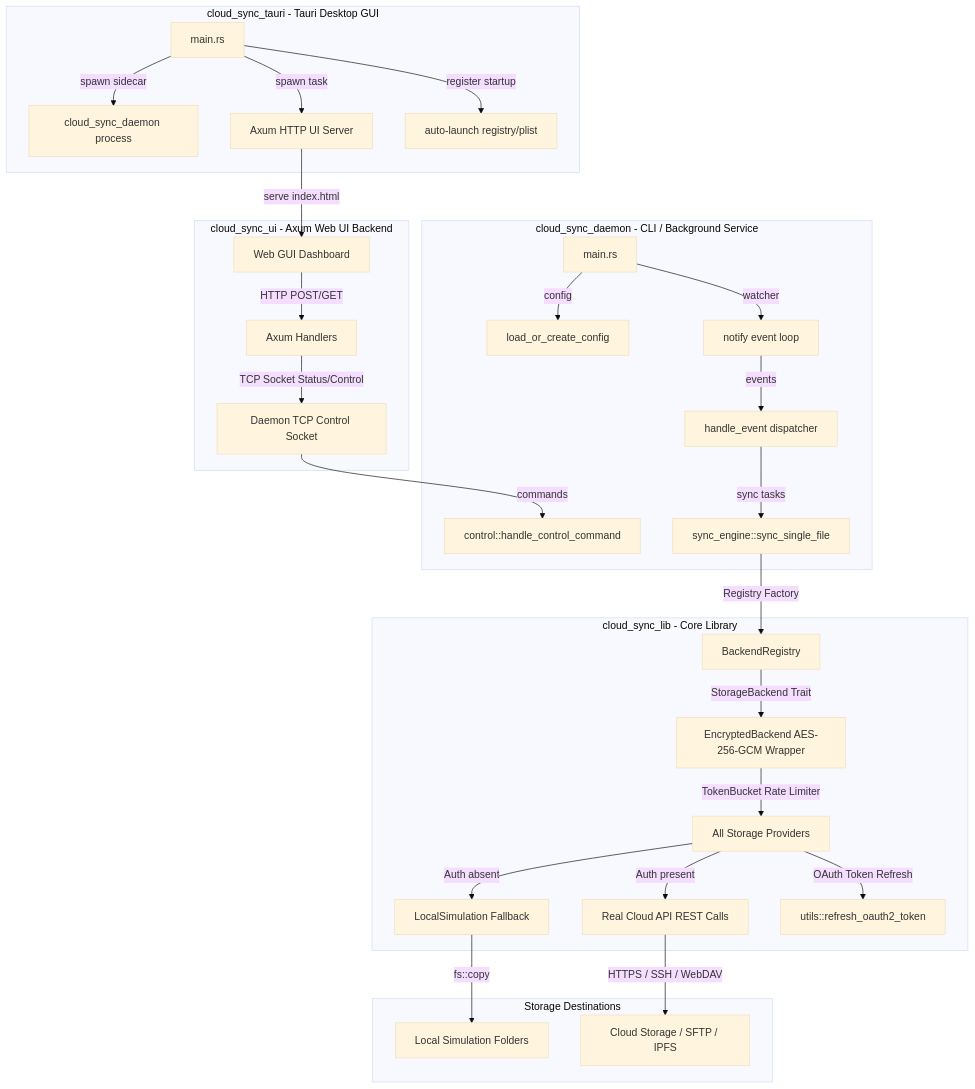
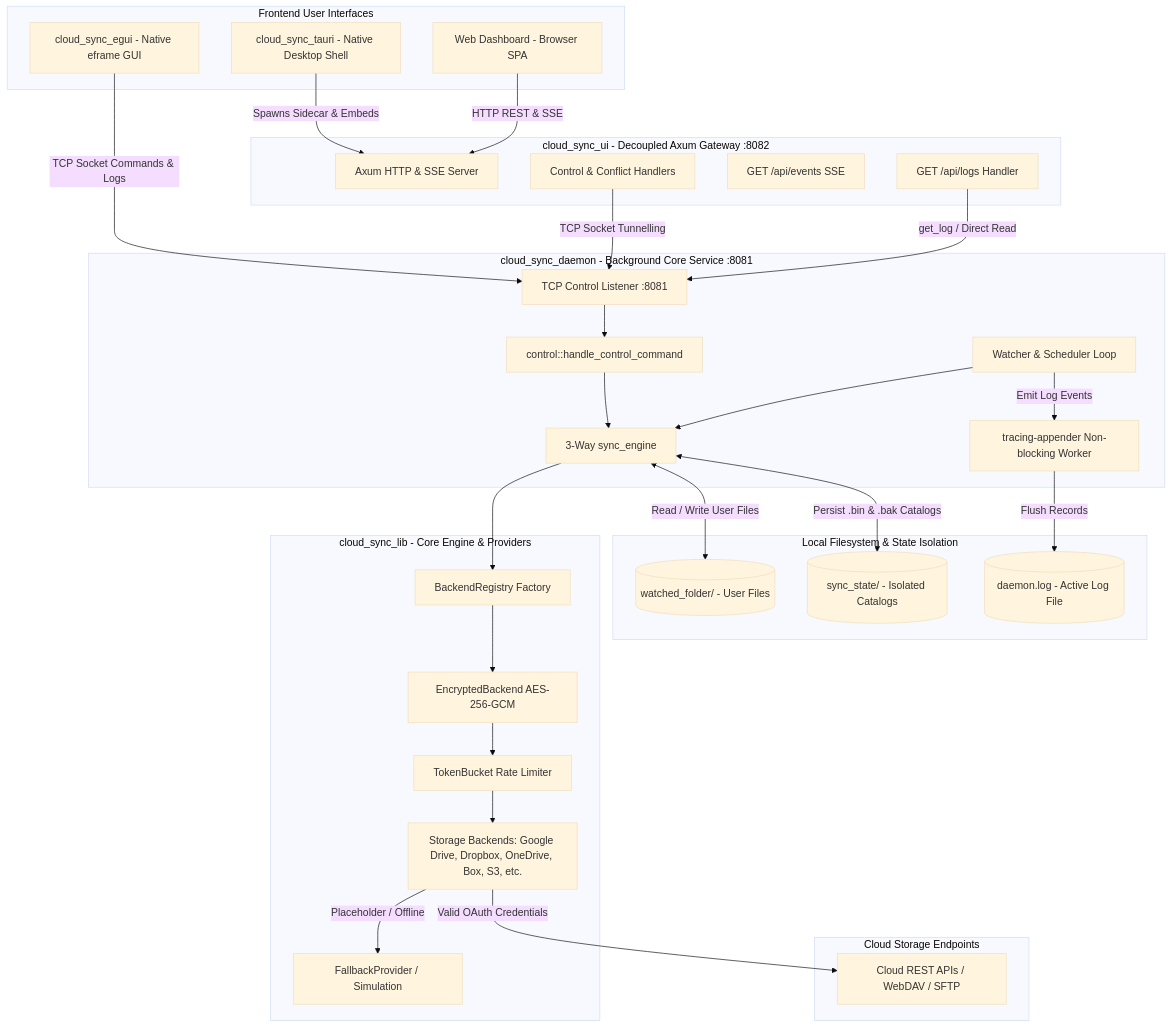
One commit to clockworkengineer/cloud_sync_lib changed the diagram in docs/architecture.md. Above: the diagram before and after it, drawn with Mermaid (base theme). The commit also changed other lines of this file and 12 other files, not shown here.

Commit message:
docs: implement documentation improvement plan across architecture, crate READMEs, and technical guides

````diff
--- a/docs/architecture.md
+++ b/docs/architecture.md
@@ -11,38 +9,65 @@
 ```mermaid
 graph TD
-    subgraph cloud_sync_tauri [cloud_sync_tauri - Tauri Desktop GUI]
-        tauri_main[main.rs] -->|spawn sidecar| daemon_bin[cloud_sync_daemon process]
-        tauri_main -->|spawn task| ui_server[Axum HTTP UI Server]
-        tauri_main -->|register startup| auto_launch[auto-launch registry/plist]
+    subgraph UI_Clients [Frontend User Interfaces]
+        egui_app[cloud_sync_egui - Native eframe GUI]
+        tauri_app[cloud_sync_tauri - Native Desktop Shell]
+        web_dashboard[Web Dashboard - Browser SPA]
     end
 
-    subgraph cloud_sync_ui [cloud_sync_ui - Axum Web UI Backend]
-        ui_server -->|serve index.html| web_dashboard[Web GUI Dashboard]
-        web_dashboard -->|HTTP POST/GET| ui_handlers[Axum Handlers]
-        ui_handlers -->|TCP Socket Status/Control| daemon_socket[Daemon TCP Control Socket]
+    subgraph cloud_sync_ui [cloud_sync_ui - Decoupled Axum Gateway :8082]
+        ui_server[Axum HTTP & SSE Server]
+        ui_logs[GET /api/logs Handler]
+        ui_events[GET /api/events SSE]
+        ui_handlers[Control & Conflict Handlers]
     end
 
-    subgraph cloud_sync_daemon [cloud_sync_daemon - CLI / Background Service]
-        daemon_socket -->|commands| control_loop[control::handle_control_command]
-        main[main.rs] -->|config| load_config[load_or_create_config]
-        main -->|watcher| notify[notify event loop]
-        notify -->|events| handle_event[handle_event dispatcher]
-        handle_event -->|sync tasks| sync_engine[sync_engine::sync_single_file]
+    subgraph cloud_sync_daemon [cloud_sync_daemon - Background Core Service :8081]
+        daemon_socket[TCP Control Listener :8081]
+        control_loop[control::handle_control_command]
+        main_loop[Watcher & Scheduler Loop]
+        sync_engine[3-Way sync_engine]
+        tracing_appender[tracing-appender Non-blocking Worker]
     end
 
-    subgraph cloud_sync_lib [cloud_sync_lib - Core Library]
-        sync_engine -->|Registry Factory| registry[BackendRegistry]
-        registry -->|StorageBackend Trait| enc_wrapper[EncryptedBackend AES-256-GCM Wrapper]
-        enc_wrapper -->|TokenBucket Rate Limiter| providers[All Storage Providers]
-        
-        providers -->|Auth absent| local_sim[LocalSimulation Fallback]
-        providers -->|Auth present| real_api[Real Cloud API REST Calls]
-        
-        providers -->|OAuth Token Refresh| utils[utils::refresh_oauth2_token]
+    subgraph File_System [Local Filesystem & State Isolation]
+        watched_dir[(watched_folder/ - User Files)]
+        state_dir[(sync_state/ - Isolated Catalogs)]
+        log_sink[(daemon.log - Active Log File)]
     end
 
-    subgraph Storage [Storage Destinations]
-        local_sim -->|fs::copy| sim_dirs[Local Simulation Folders]
-        real_api -->|HTTPS / SSH / WebDAV| cloud_storage[Cloud Storage / SFTP / IPFS]
+    subgraph cloud_sync_lib [cloud_sync_lib - Core Engine & Providers]
+        registry[BackendRegistry Factory]
+        enc_wrapper[EncryptedBackend AES-256-GCM]
+        rate_limiter[TokenBucket Rate Limiter]
+        providers[Storage Backends: Google Drive, Dropbox, OneDrive, Box, S3, etc.]
+        fallback[FallbackProvider / Simulation]
     end
+
+    subgraph Remote_Cloud [Cloud Storage Endpoints]
+        cloud_apis[Cloud REST APIs / WebDAV / SFTP]
+    end
+
+    %% UI Connections
+    egui_app -->|TCP Socket Commands & Logs| daemon_socket
+    tauri_app -->|Spawns Sidecar & Embeds| ui_server
+    web_dashboard -->|HTTP REST & SSE| ui_server
+    ui_handlers -->|TCP Socket Tunnelling| daemon_socket
+    ui_logs -->|get_log / Direct Read| daemon_socket
+
+    %% Daemon Internals
+    daemon_socket --> control_loop
+    control_loop --> sync_engine
+    main_loop --> sync_engine
+    sync_engine <-->|Read / Write User Files| watched_dir
+    sync_engine <-->|Persist .bin & .bak Catalogs| state_dir
+    main_loop -->|Emit Log Events| tracing_appender
+    tracing_appender -->|Flush Records| log_sink
+
+    %% Sync Engine to Library
+    sync_engine --> registry
+    registry --> enc_wrapper
+    enc_wrapper --> rate_limiter
+    rate_limiter --> providers
+    providers -->|Valid OAuth Credentials| cloud_apis
+    providers -->|Placeholder / Offline| fallback
 ```
````
